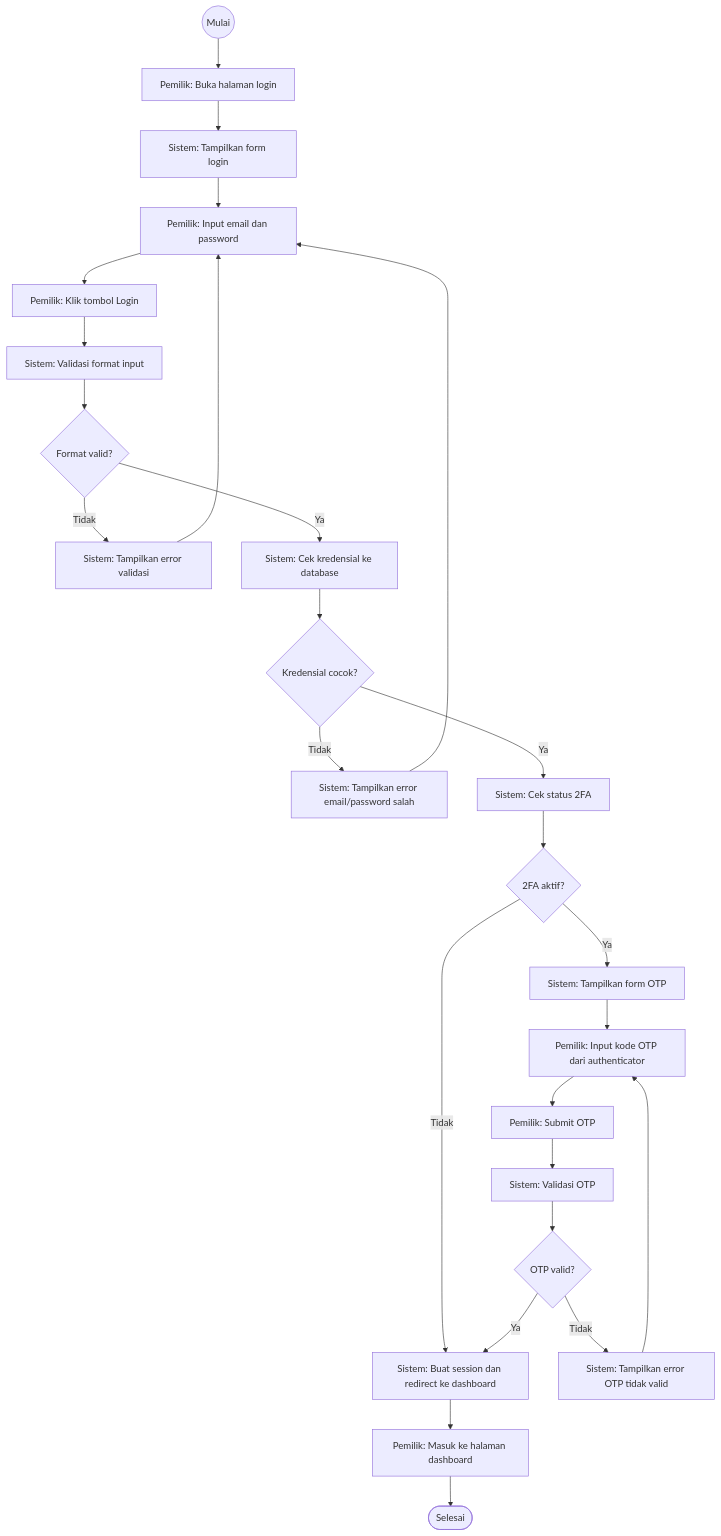
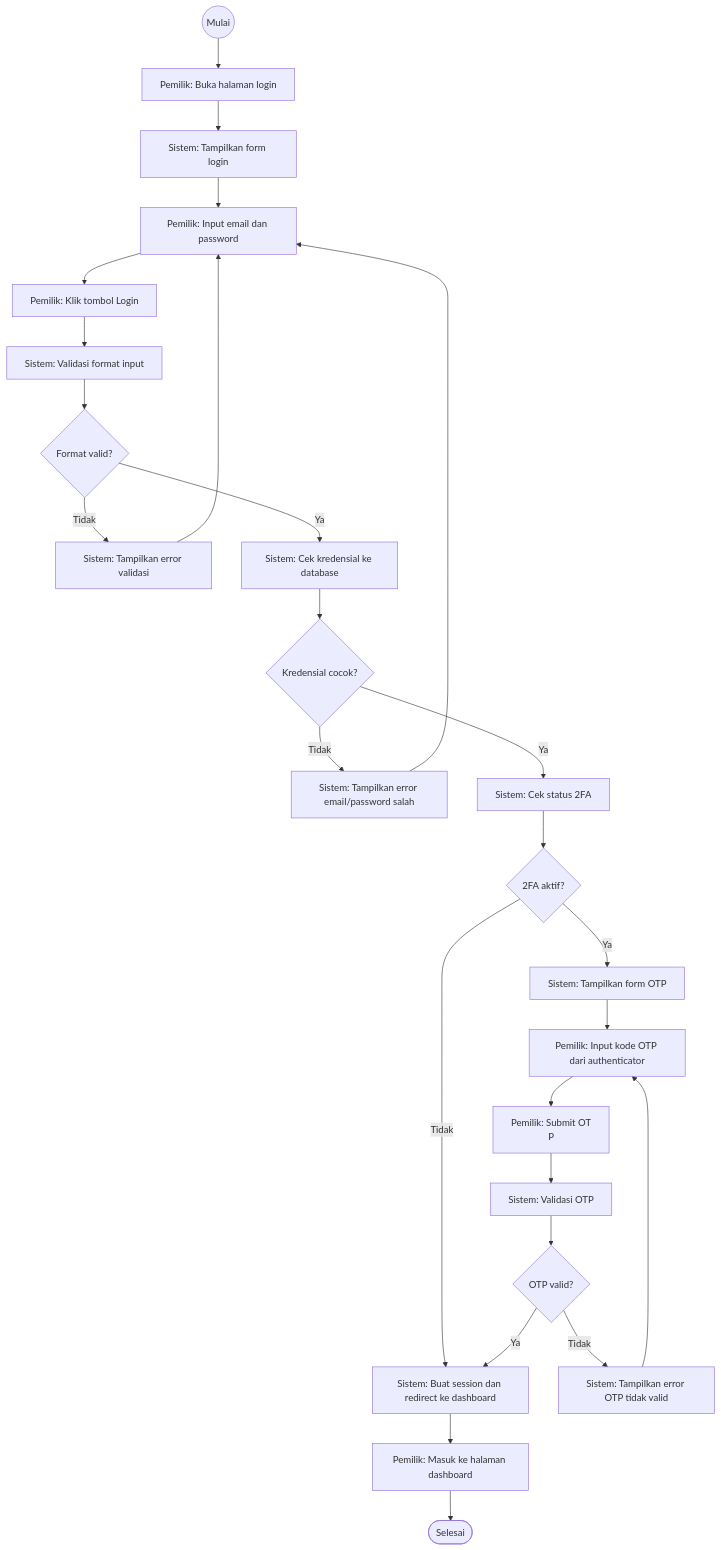
One commit to devWebs01/POS-DW changed diagram 23 of 40 in docs/4.2-perancangan-sistem.md. Above: the diagram before and after it, drawn with Mermaid. The commit also changed other lines of this file, not shown here.

````diff
--- a/docs/4.2-perancangan-sistem.md
+++ b/docs/4.2-perancangan-sistem.md
@@ -1523,35 +1636,37 @@
 ```mermaid
 flowchart TD
   start((Mulai))
   A_A["Pemilik: Buka halaman login"]
   start --> A_A
   S_A["Sistem: Tampilkan form login"]
   A_A --> S_A
   A_B["Pemilik: Input email dan password"]
   S_A --> A_B
   A_C["Pemilik: Klik tombol Login"]
   A_B --> A_C
   S_B["Sistem: Validasi format input"]
   A_C --> S_B
   D_A{"Format valid?"}
   S_B --> D_A
   D_A -->|Tidak| E_A["Sistem: Tampilkan error validasi"]
-  E_A --> A_B
+  E_A -->
+ A_B
   D_A -->|Ya| S_C["Sistem: Cek kredensial ke database"]
   S_C --> D_B{"Kredensial cocok?"}
   D_B -->|Tidak| E_B["Sistem: Tampilkan error email/password salah"]
   E_B --> A_B
   D_B -->|Ya| S_D["Sistem: Cek status 2FA"]
   S_D --> D_C{"2FA aktif?"}
   D_C -->|Tidak| S_G
   D_C -->|Ya| S_E["Sistem: Tampilkan form OTP"]
   S_E --> A_D["Pemilik: Input kode OTP dari authenticator"]
-  A_D --> A_E["Pemilik: Submit OTP"]
+  A_D --> A_E["Pemilik: Submit OT
+P"]
   A_E --> S_F["Sistem: Validasi OTP"]
   S_F --> D_D{"OTP valid?"}
   D_D -->|Tidak| E_C["Sistem: Tampilkan error OTP tidak valid"]
   E_C --> A_D
   D_D -->|Ya| S_G["Sistem: Buat session dan redirect ke dashboard"]
   S_G --> A_F["Pemilik: Masuk ke halaman dashboard"]
   A_F --> end_success([Selesai])
 ```
````
